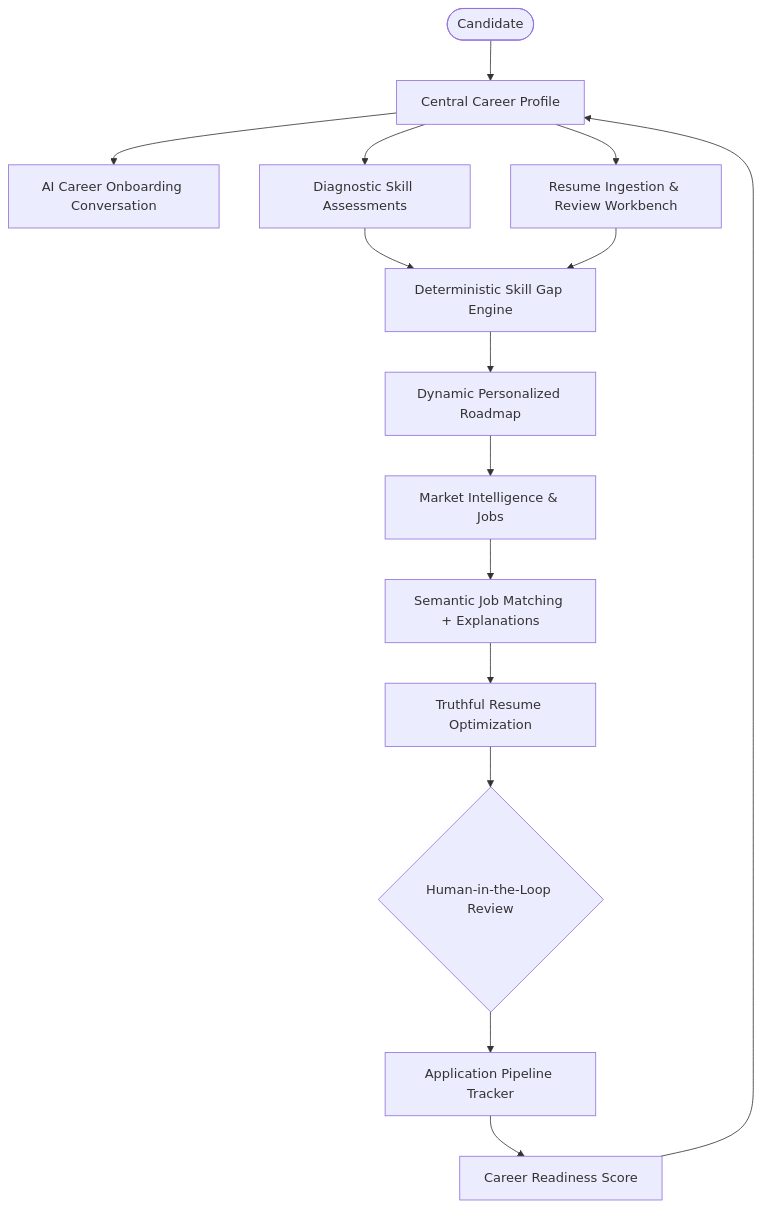
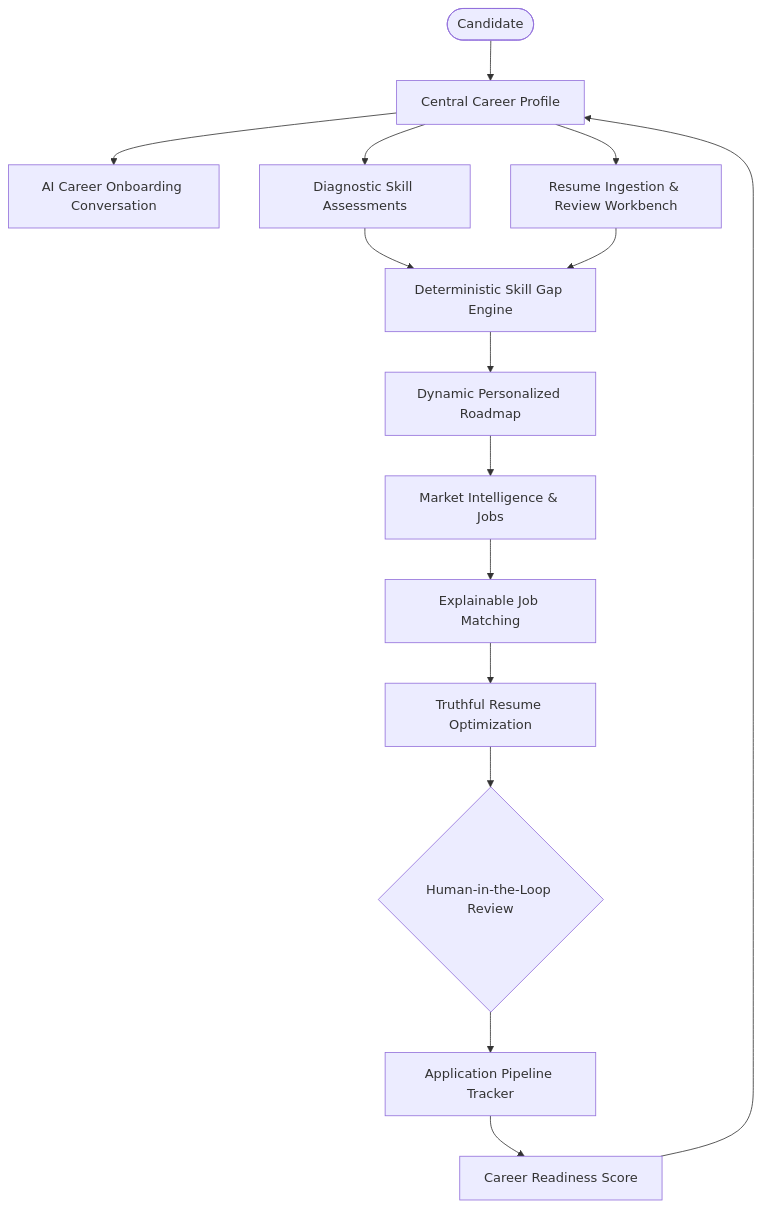
Before and after one commit to SharmaaAnmol/CoachPath: the diagram in README.md, drawn with Mermaid. The commit also changed other lines of this file and 18 other files, not shown here.

````diff
--- a/README.md
+++ b/README.md
@@ -25,17 +25,17 @@
 ```mermaid
 flowchart TD
     User([Candidate]) --> Profile[Central Career Profile]
     Profile --> Onboarding[AI Career Onboarding Conversation]
     Profile --> Resume[Resume Ingestion & Review Workbench]
     Profile --> Assessment[Diagnostic Skill Assessments]
     Assessment --> Gap[Deterministic Skill Gap Engine]
     Resume --> Gap
     Gap --> Roadmap[Dynamic Personalized Roadmap]
     Roadmap --> Market[Market Intelligence & Jobs]
-    Market --> Matching[Semantic Job Matching + Explanations]
+    Market --> Matching[Explainable Job Matching]
     Matching --> Tailoring[Truthful Resume Optimization]
     Tailoring --> Approval{Human-in-the-Loop Review}
     Approval --> Tracker[Application Pipeline Tracker]
     Tracker --> Readiness[Career Readiness Score]
     Readiness --> Profile
 ```
````
